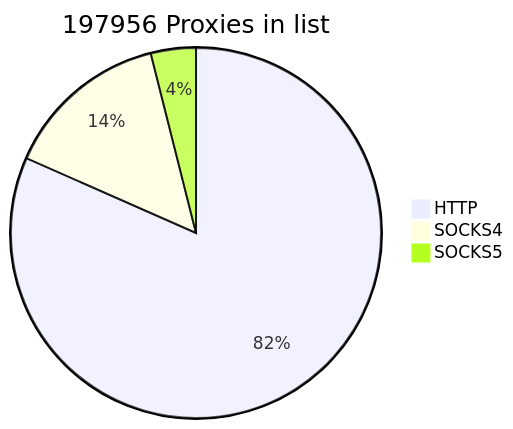
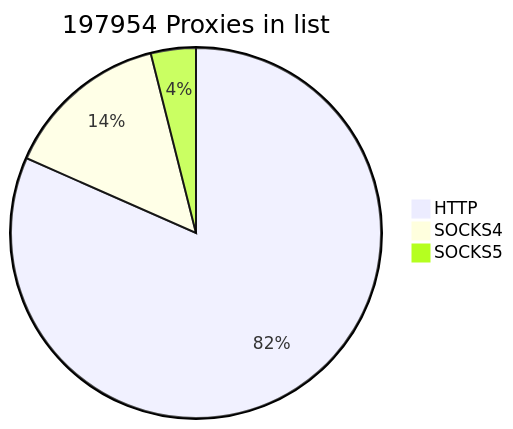
One commit to cutipu/proxylist changed the first of 2 diagrams in README.md. Above: the diagram before and after it, drawn with Mermaid. The commit also changed other lines of this file, not shown here.

````diff
--- a/README.md
+++ b/README.md
@@ -2,7 +2,7 @@
 ```mermaid
-pie title 197956 Proxies in list
-    "HTTP" : 161564
-    "SOCKS4" : 28614
+pie title 197954 Proxies in list
+    "HTTP" : 161563
+    "SOCKS4" : 28613
     "SOCKS5" : 7778
             
 ```
````
